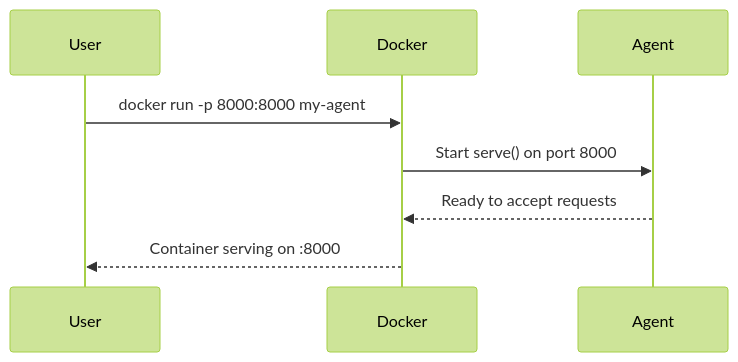
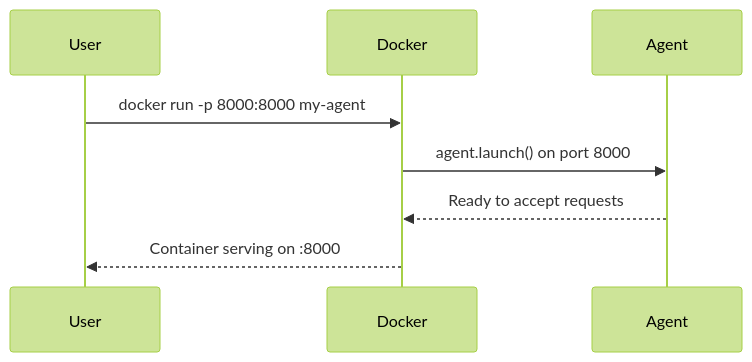
The second of 2 diagrams in docs/guides/deployment/docker.mdx (MervinPraison/PraisonAIDocs), drawn with Mermaid (forest theme) before and after one commit. The commit also changed other lines of this file and 5 other files, not shown here.

````diff
--- a/docs/guides/deployment/docker.mdx
+++ b/docs/guides/deployment/docker.mdx
@@ -74,11 +74,11 @@
 ```mermaid
 sequenceDiagram
     participant User
     participant Docker
     participant Agent
 
     User->>Docker: docker run -p 8000:8000 my-agent
-    Docker->>Agent: Start serve() on port 8000
+    Docker->>Agent: agent.launch() on port 8000
     Agent-->>Docker: Ready to accept requests
     Docker-->>User: Container serving on :8000
 ```
````
